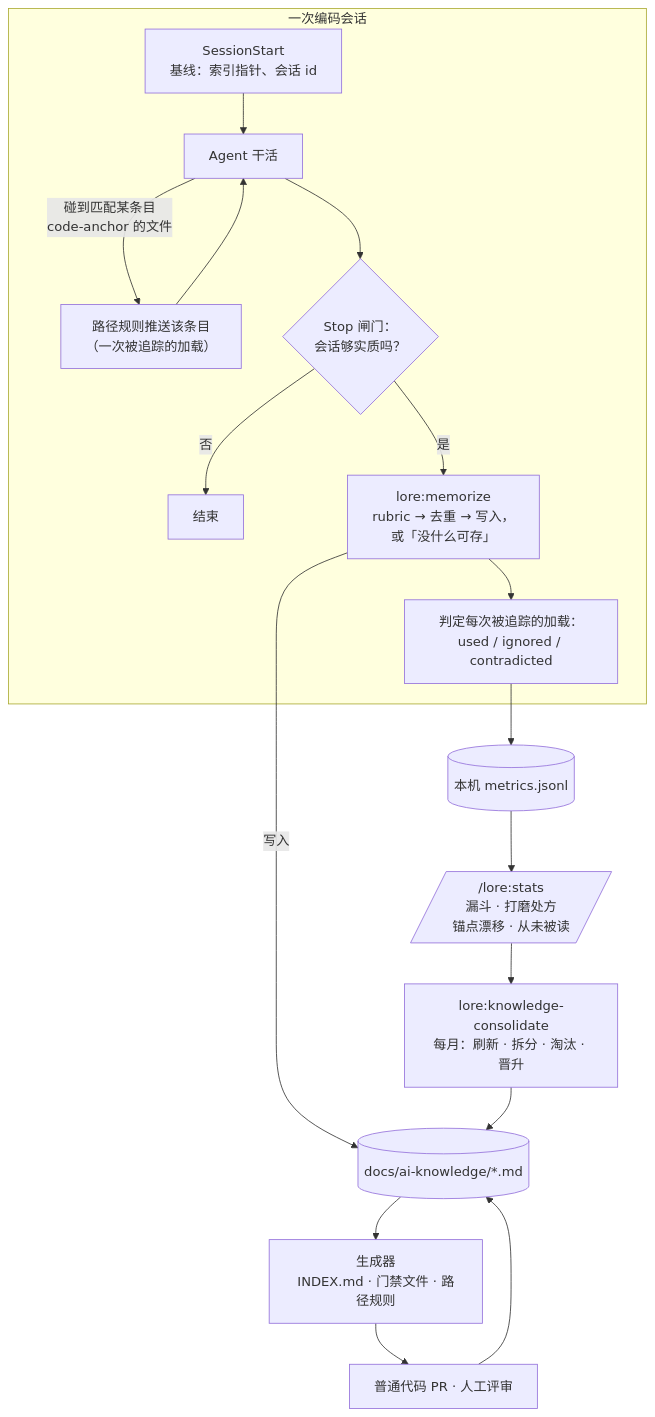
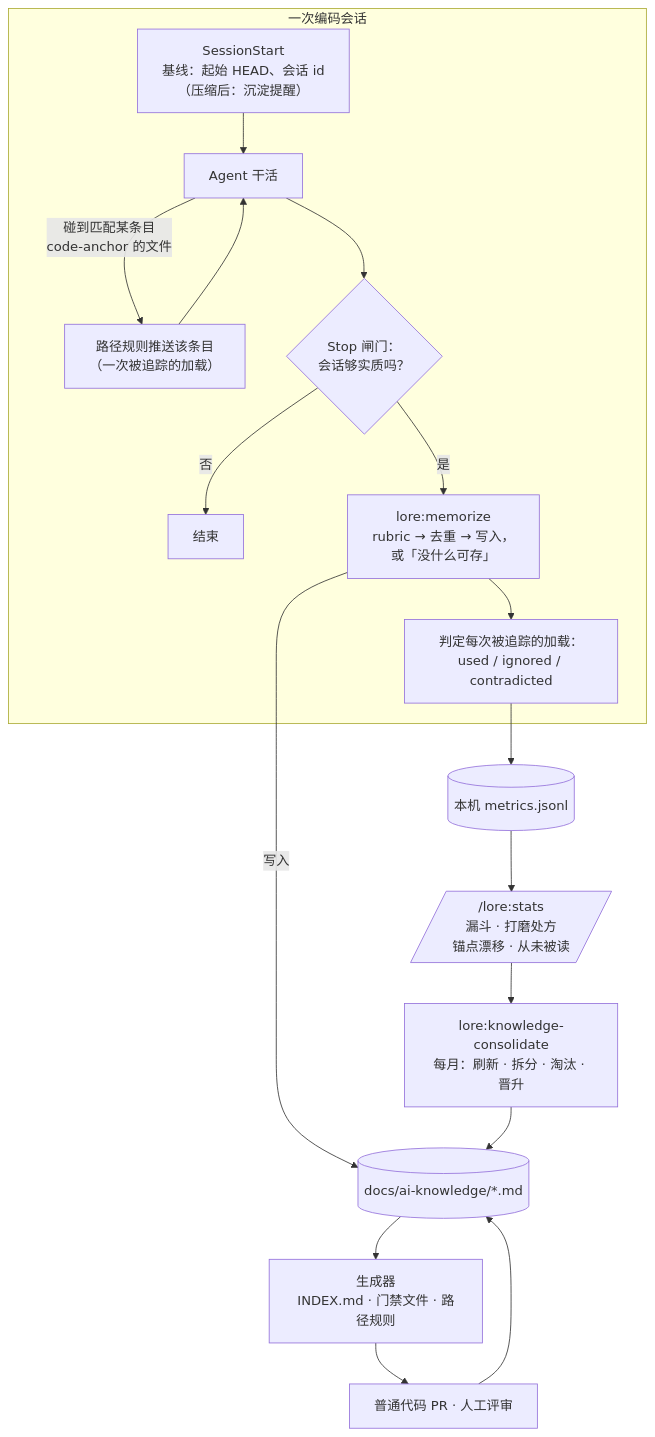
Before and after one commit to notverysalty/lore-plugin: the diagram in README.zh-CN.md, drawn with Mermaid. The commit also changed other lines of this file and 7 other files, not shown here.

````diff
--- a/README.zh-CN.md
+++ b/README.zh-CN.md
@@ -23,20 +23,20 @@
 ```mermaid
 flowchart TB
   subgraph session["一次编码会话"]
-    A["SessionStart<br/>基线：索引指针、会话 id"] --> B["Agent 干活"]
+    A["SessionStart<br/>基线：起始 HEAD、会话 id<br/>（压缩后：沉淀提醒）"] --> B["Agent 干活"]
     B -->|"碰到匹配某条目<br/>code-anchor 的文件"| C["路径规则推送该条目<br/>（一次被追踪的加载）"]
     C --> B
     B --> D{"Stop 闸门：<br/>会话够实质吗？"}
     D -->|否| E["结束"]
     D -->|是| F["lore:memorize<br/>rubric → 去重 → 写入，<br/>或「没什么可存」"]
     F --> G["判定每次被追踪的加载：<br/>used / ignored / contradicted"]
   end
   F -->|写入| K[("docs/ai-knowledge/*.md")]
   K --> H["生成器<br/>INDEX.md · 门禁文件 · 路径规则"]
   H --> I["普通代码 PR · 人工评审"]
   I --> K
   G --> M[("本机 metrics.jsonl")]
   M --> S[/"/lore:stats<br/>漏斗 · 打磨处方<br/>锚点漂移 · 从未被读"/]
   S --> N["lore:knowledge-consolidate<br/>每月：刷新 · 拆分 · 淘汰 · 晋升"]
   N --> K
 ```
````
